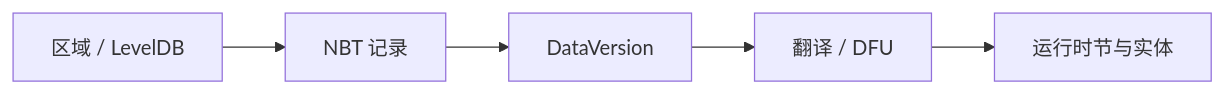
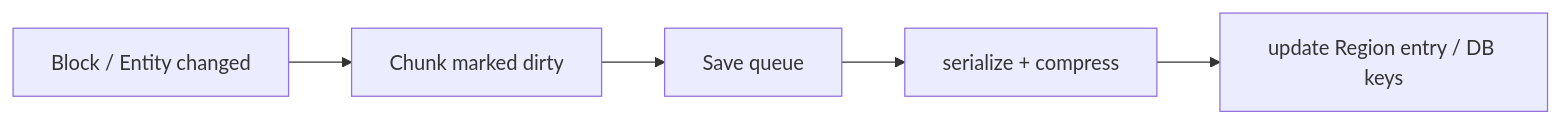
One commit to Dreamtowards/Thinking-In-Minecraft changed the second of 3 diagrams in docs/impl/(part1)/storage.mdx. Above: the diagram before and after it, drawn with Mermaid. The commit also changed other lines of this file and 1 other file, not shown here.

````diff
--- a/docs/impl/(part1)/storage.mdx
+++ b/docs/impl/(part1)/storage.mdx
@@ -108,7 +359,10 @@
 ```mermaid
 flowchart LR
-  Disk["区域 / LevelDB"] --> NBT["NBT 记录"]
-  NBT --> Ver["DataVersion"]
-  Ver --> Fix["翻译 / DFU"]
-  Fix --> Mem["运行时节与实体"]
+  Change["Block / Entity changed"]
+  Dirty["Chunk marked dirty"]
+  Queue["Save queue"]
+  Encode["serialize + compress"]
+  Commit["update Region entry / DB keys"]
+
+  Change --> Dirty --> Queue --> Encode --> Commit
 ```
````
